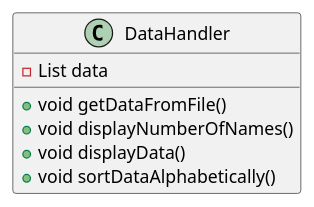
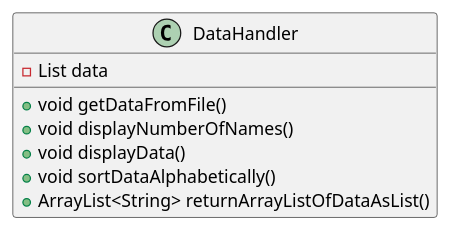
One commit to Jyke321/cordonero-a04 changed the diagram in exercise41/docs/classes.puml. Above: the diagram before and after it, drawn with PlantUML. The commit also changed 3 other files, not shown here.

```diff
--- a/exercise41/docs/classes.puml
+++ b/exercise41/docs/classes.puml
@@ -1,10 +1,11 @@
 @startuml
 class DataHandler {
     -List data
 
     +void getDataFromFile()
     +void displayNumberOfNames()
     +void displayData()
     +void sortDataAlphabetically()
+    +ArrayList<String> returnArrayListOfDataAsList()
 }
 @enduml
```
